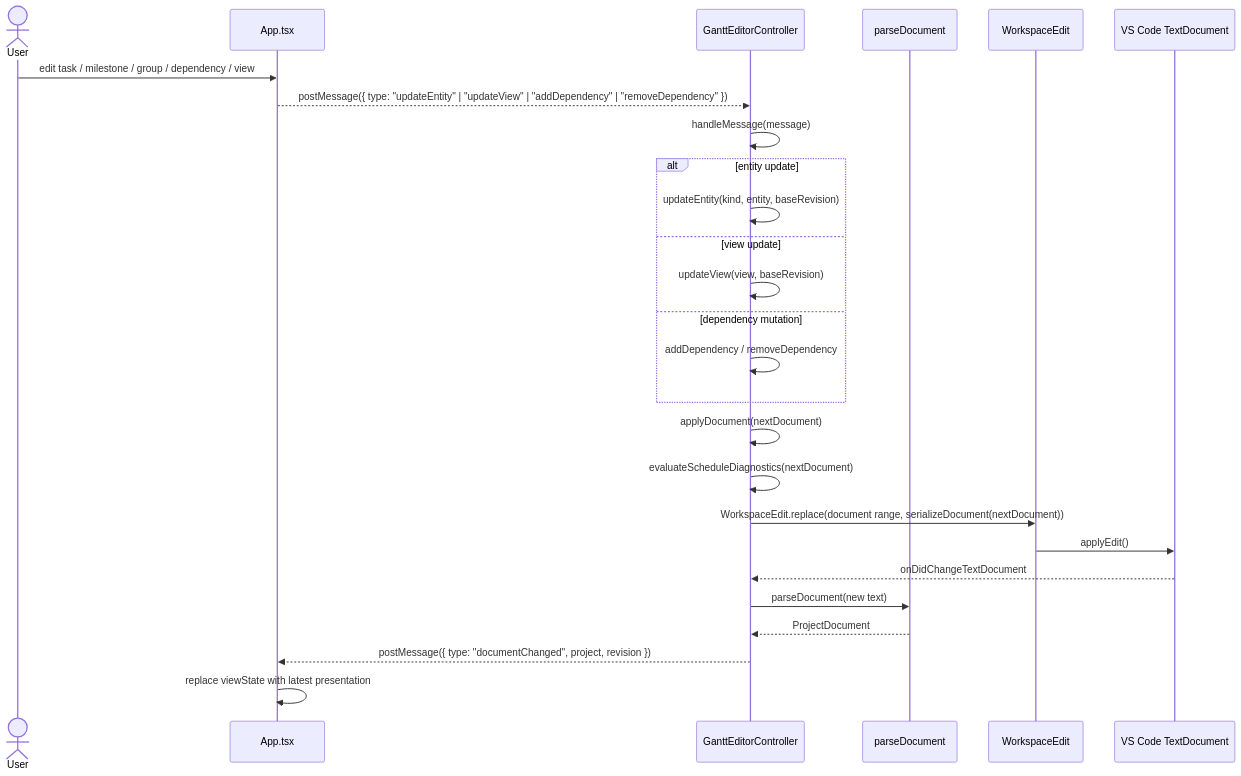
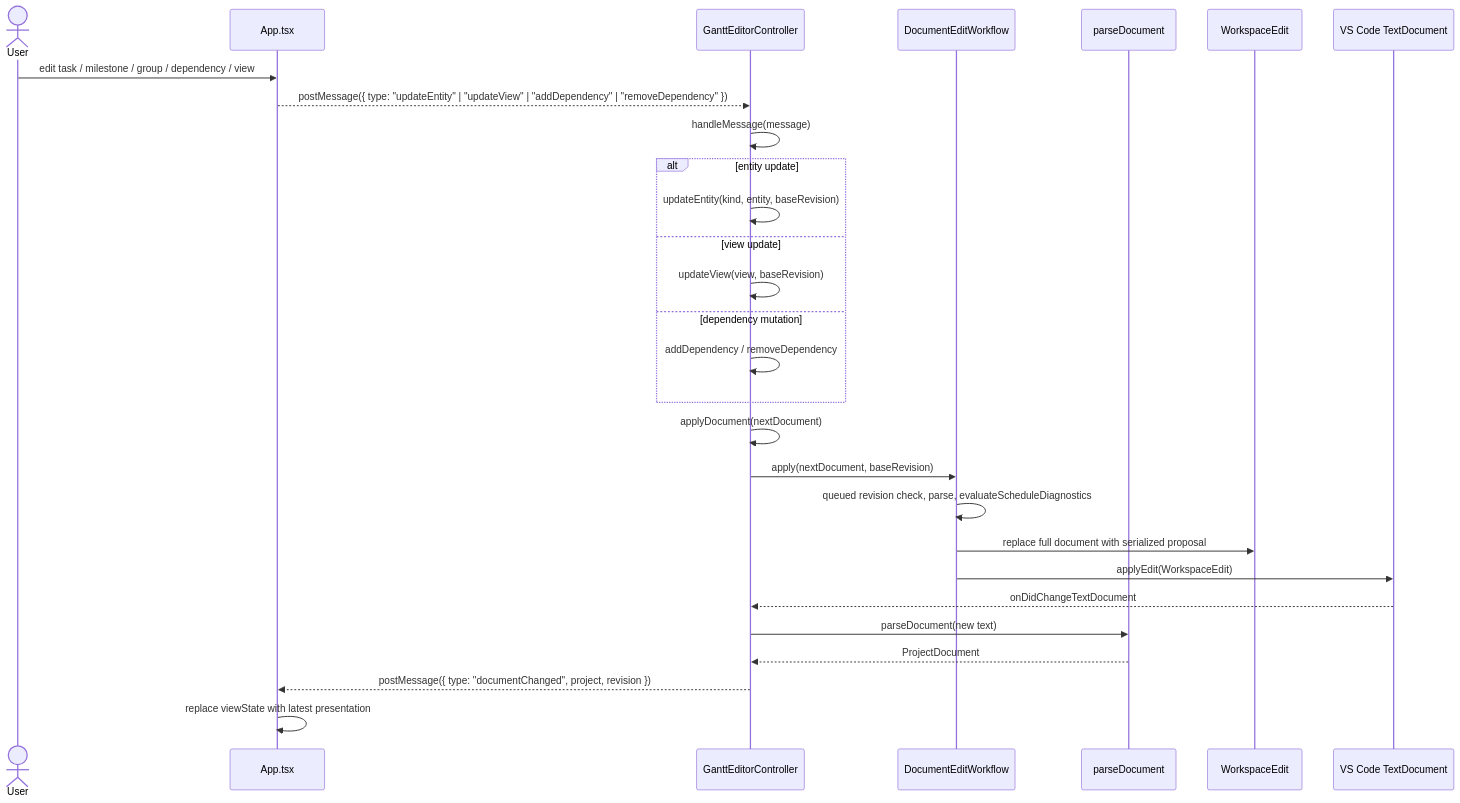
One commit to sergehas/ganttee changed the fifth of 7 diagrams in docs/documentation/gantt-model-hydration.md. Above: the diagram before and after it, drawn with Mermaid. The commit also changed other lines of this file and 5 other files, not shown here.

First line of the commit message:
refactor(editor): extract feedback and document edit workflows

````diff
--- a/docs/documentation/gantt-model-hydration.md
+++ b/docs/documentation/gantt-model-hydration.md
@@ -166,29 +214,31 @@
 ```mermaid
 sequenceDiagram
     actor User
     participant App as App.tsx
     participant Host as GanttEditorController
+    participant Edit as DocumentEditWorkflow
     participant Parse as parseDocument
     participant Write as WorkspaceEdit
     participant VSC as VS Code TextDocument
 
     User->>App: edit task / milestone / group / dependency / view
     App-->>Host: postMessage({ type: "updateEntity" | "updateView" | "addDependency" | "removeDependency" })
     Host->>Host: handleMessage(message)
     alt entity update
         Host->>Host: updateEntity(kind, entity, baseRevision)
     else view update
         Host->>Host: updateView(view, baseRevision)
     else dependency mutation
         Host->>Host: addDependency / removeDependency
     end
     Host->>Host: applyDocument(nextDocument)
-    Host->>Host: evaluateScheduleDiagnostics(nextDocument)
-    Host->>Write: WorkspaceEdit.replace(document range, serializeDocument(nextDocument))
-    Write->>VSC: applyEdit()
+    Host->>Edit: apply(nextDocument, baseRevision)
+    Edit->>Edit: queued revision check, parse, evaluateScheduleDiagnostics
+    Edit->>Write: replace full document with serialized proposal
+    Edit->>VSC: applyEdit(WorkspaceEdit)
     VSC-->>Host: onDidChangeTextDocument
     Host->>Parse: parseDocument(new text)
     Parse-->>Host: ProjectDocument
     Host-->>App: postMessage({ type: "documentChanged", project, revision })
     App->>App: replace viewState with latest presentation
 ```
````
